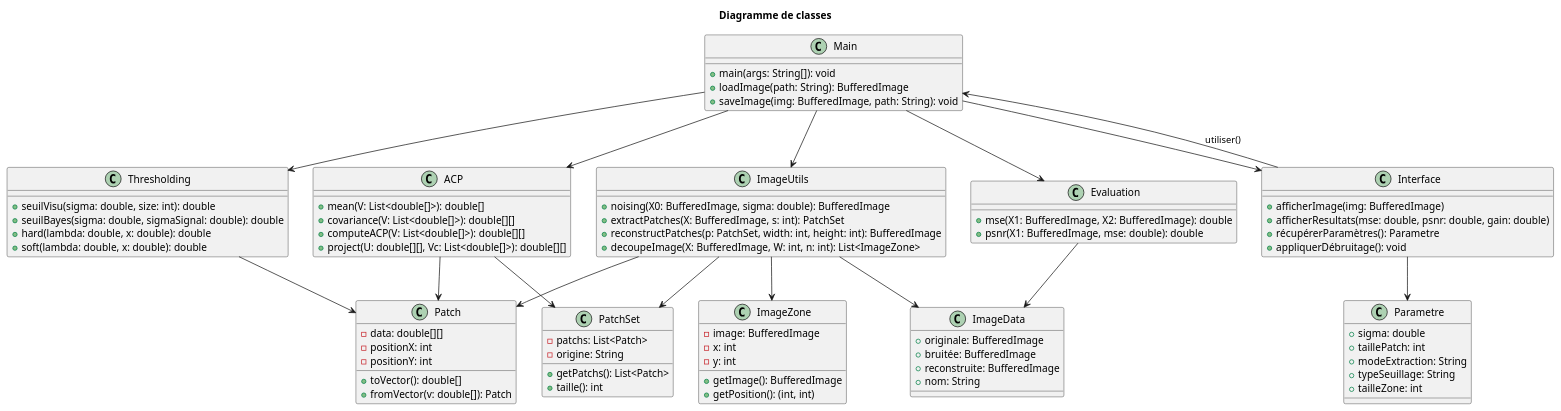
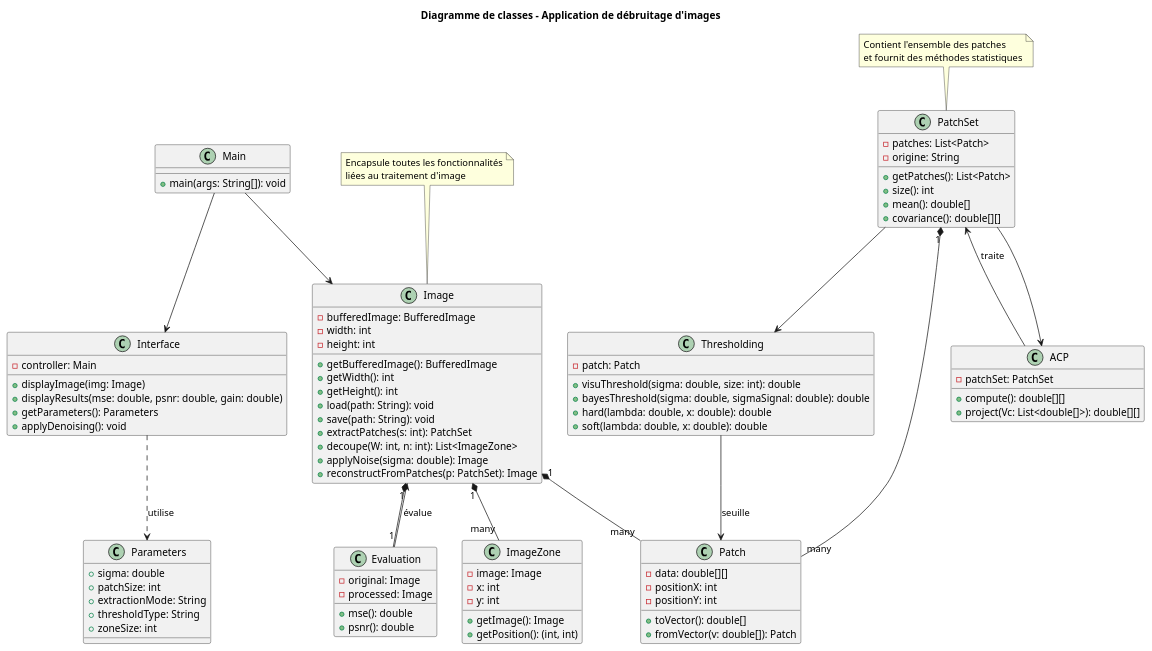
The diagram in analyse/diagrammePUML/diagClass.puml (Thomasgin/Projet-Java), drawn with PlantUML before and after one commit. The commit also changed other lines of this file, not shown here.

```diff
--- a/analyse/diagrammePUML/diagClass.puml
+++ b/analyse/diagrammePUML/diagClass.puml
@@ -1,103 +1,113 @@
 @startuml
-title Diagramme de classes
+title Diagramme de classes - Application de débruitage d'images
+
+class Image {
+  - bufferedImage: BufferedImage
+  - width: int
+  - height: int
+  + getBufferedImage(): BufferedImage
+  + getWidth(): int
+  + getHeight(): int
+  + load(path: String): void
+  + save(path: String): void
+  + extractPatches(s: int): PatchSet
+  + decoupe(W: int, n: int): List<ImageZone>
+  + applyNoise(sigma: double): Image
+  + reconstructFromPatches(p: PatchSet): Image
+}
 
 class Main {
   + main(args: String[]): void
-  + loadImage(path: String): BufferedImage
-  + saveImage(img: BufferedImage, path: String): void
-}
-
-class ImageUtils {
-  + noising(X0: BufferedImage, sigma: double): BufferedImage
-  + extractPatches(X: BufferedImage, s: int): PatchSet
-  + reconstructPatches(p: PatchSet, width: int, height: int): BufferedImage
-  + decoupeImage(X: BufferedImage, W: int, n: int): List<ImageZone>
 }
 
 class Patch {
   - data: double[][]
   - positionX: int
   - positionY: int
   + toVector(): double[]
   + fromVector(v: double[]): Patch
 }
 
 class PatchSet {
-  - patchs: List<Patch>
+  - patches: List<Patch>
   - origine: String
-  + getPatchs(): List<Patch>
-  + taille(): int
+  + getPatches(): List<Patch>
+  + size(): int
+  + mean(): double[]
+  + covariance(): double[][]
 }
 
 class ACP {
-  + mean(V: List<double[]>): double[]
-  + covariance(V: List<double[]>): double[][]
-  + computeACP(V: List<double[]>): double[][]
-  + project(U: double[][], Vc: List<double[]>): double[][]
+  - patchSet: PatchSet
+  + compute(): double[][]
+  + project(Vc: List<double[]>): double[][]
 }
 
 class Thresholding {
-  + seuilVisu(sigma: double, size: int): double
-  + seuilBayes(sigma: double, sigmaSignal: double): double
+  - patch: Patch
+  + visuThreshold(sigma: double, size: int): double
+  + bayesThreshold(sigma: double, sigmaSignal: double): double
   + hard(lambda: double, x: double): double
   + soft(lambda: double, x: double): double
 }
 
 class Evaluation {
-  + mse(X1: BufferedImage, X2: BufferedImage): double
-  + psnr(X1: BufferedImage, mse: double): double
+  - original: Image
+  - processed: Image
+  + mse(): double
+  + psnr(): double
 }
 
 class ImageZone {
-  - image: BufferedImage
+  - image: Image
   - x: int
   - y: int
-  + getImage(): BufferedImage
+  + getImage(): Image
   + getPosition(): (int, int)
 }
 
 class Interface {
-  + afficherImage(img: BufferedImage)
-  + afficherResultats(mse: double, psnr: double, gain: double)
-  + récupérerParamètres(): Parametre
-  + appliquerDébruitage(): void
+  - controller: Main
+  + displayImage(img: Image)
+  + displayResults(mse: double, psnr: double, gain: double)
+  + getParameters(): Parameters
+  + applyDenoising(): void
 }
 
-class Parametre {
+class Parameters {
   + sigma: double
-  + taillePatch: int
-  + modeExtraction: String
-  + typeSeuillage: String
-  + tailleZone: int
-}
-
-class ImageData {
-  + originale: BufferedImage
-  + bruitée: BufferedImage
-  + reconstruite: BufferedImage
-  + nom: String
+  + patchSize: int
+  + extractionMode: String
+  + thresholdType: String
+  + zoneSize: int
 }
 
 ' Relations
 Main --> Interface
-Main --> ImageUtils
-Main --> ACP
-Main --> Thresholding
-Main --> Evaluation
+Main --> Image
 
-Interface --> Parametre
-Interface --> Main : utiliser()
+Image "1" *-- "many" ImageZone
+Image "1" *-- "many" Patch
+Image "1" *-- "1" Evaluation
 
-ImageUtils --> Patch
-ImageUtils --> PatchSet
-ImageUtils --> ImageZone
-ImageUtils --> ImageData
+PatchSet "1" *-- "many" Patch
+PatchSet --> ACP
+PatchSet --> Thresholding
 
-ACP --> Patch
-ACP --> PatchSet
+Interface ..> Parameters : utilise
 
-Thresholding --> Patch
+Evaluation --> Image : évalue
+ACP --> PatchSet : traite
+Thresholding --> Patch : seuille
 
-Evaluation --> ImageData
+note top of Image
+  Encapsule toutes les fonctionnalités
+  liées au traitement d'image
+end note
+
+note top of PatchSet
+  Contient l'ensemble des patches
+  et fournit des méthodes statistiques
+end note
 
 @enduml
```
